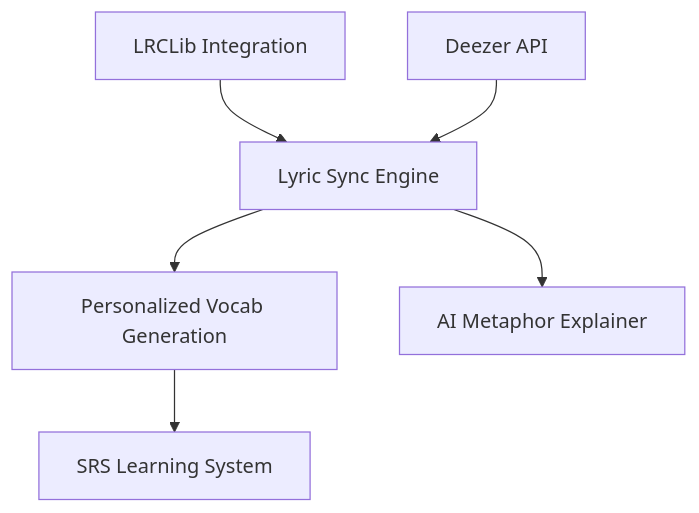
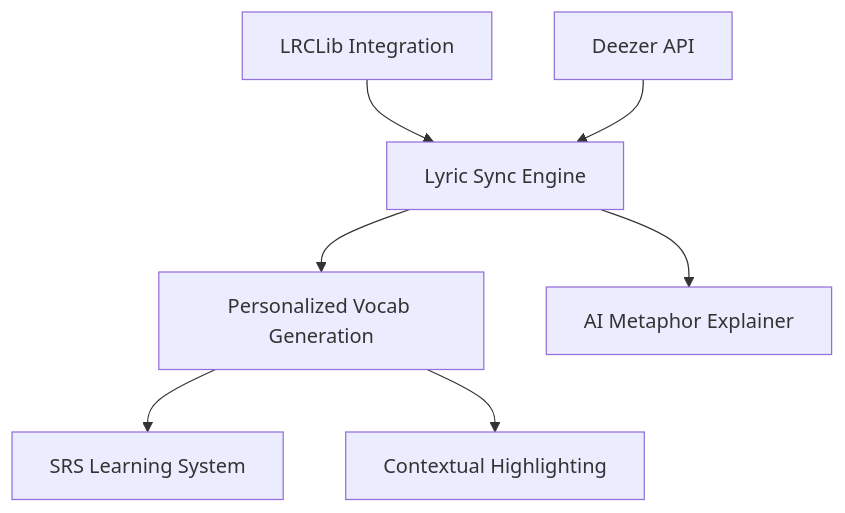
One commit to CiscoPonce/Harmonix changed the diagram in .planning/research/FEATURES.md. Above: the diagram before and after it, drawn with Mermaid. The commit also changed other lines of this file and 55 other files, not shown here.

First line of the commit message:
feat(07-01): implement daily word flow and mark Phase 7 complete

````diff
--- a/.planning/research/FEATURES.md
+++ b/.planning/research/FEATURES.md
@@ -41,8 +41,9 @@
 ```mermaid
 graph TD
     A[LRCLib Integration] --> B[Lyric Sync Engine]
     C[Deezer API] --> B
     B --> D[Personalized Vocab Generation]
     D --> E[SRS Learning System]
     B --> F[AI Metaphor Explainer]
+    D --> G[Contextual Highlighting]
 ```
````
